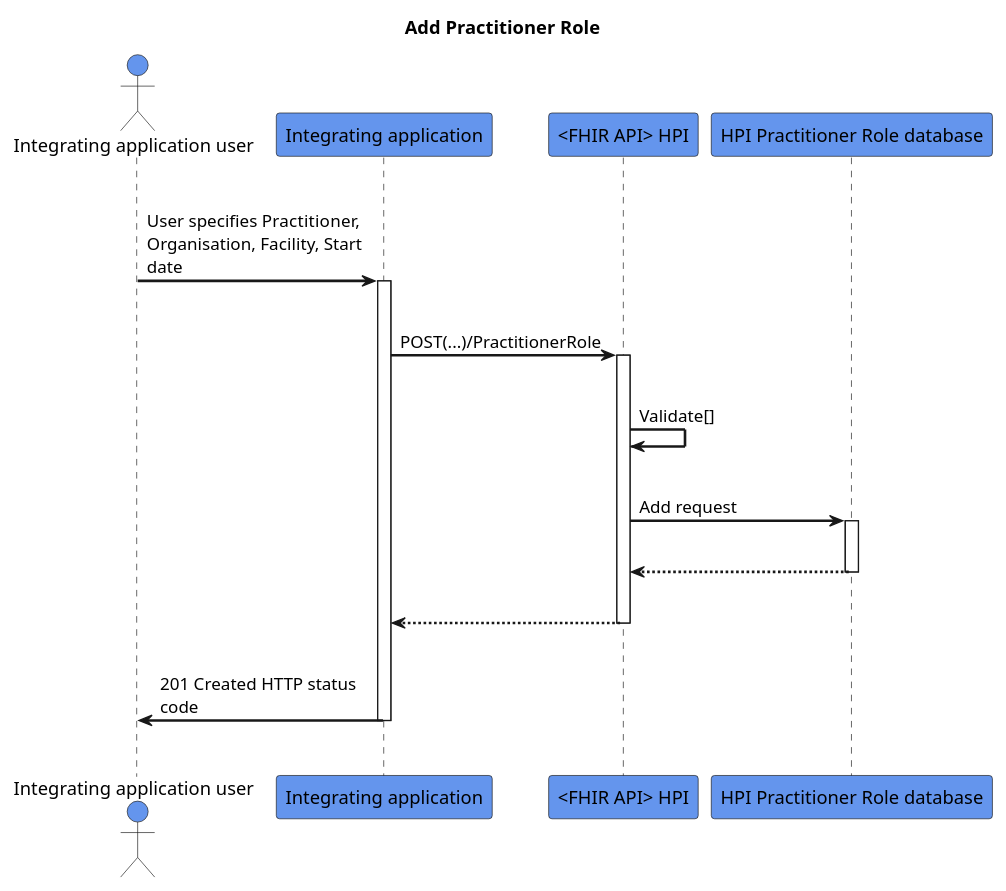
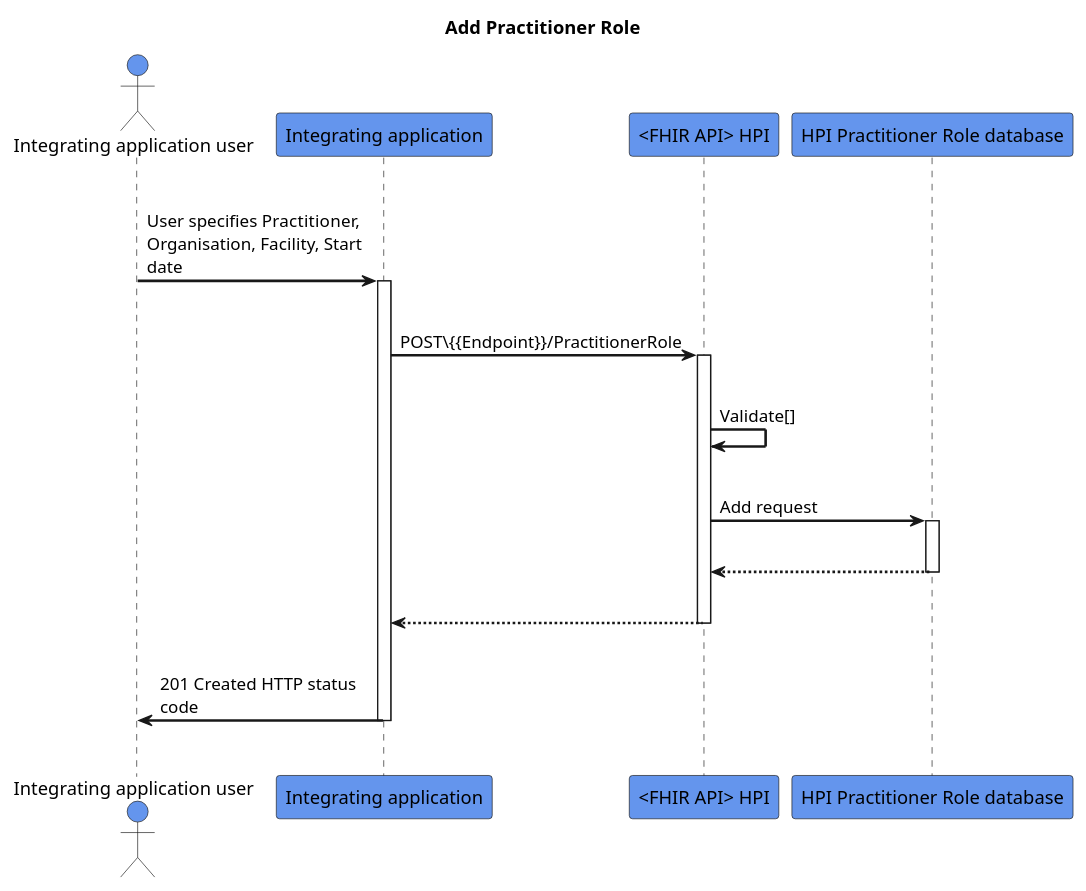
Before and after one commit to HL7NZ/hpi: the diagram in input/images-source/add-practitionerrole.plantuml, drawn with PlantUML.

```diff
--- a/input/images-source/add-practitionerrole.plantuml
+++ b/input/images-source/add-practitionerrole.plantuml
@@ -1,32 +1,32 @@
 @startuml
 skinparam sequenceArrowThickness 2
 skinparam roundcorner 5
 skinparam maxmessagesize 180
 skinparam sequenceParticipant bold
 title Add Practitioner Role
 actor "Integrating application user" as User #CornflowerBlue
 participant "Integrating application" as A #CornflowerBlue
 participant "<FHIR API> HPI" as B #CornflowerBlue
 participant "HPI Practitioner Role database" as C #CornflowerBlue
 |||
 User -> A: User specifies Practitioner, Organisation, Facility, Start date
 activate A
 |||
-A -> B: POST(...)/PractitionerRole
+A -> B: POST\{{Endpoint}}/PractitionerRole
 activate B
 |||
 B -> B: Validate[]
 |||
 B -> C: Add request
 activate C
 |||
 C -[dashed]-> B:  
 deactivate C
 |||
 B -[dashed]-> A:
 deactivate B
 |||
 A -> User: 201 Created HTTP status code
 deactivate A
 |||
 @enduml
```
